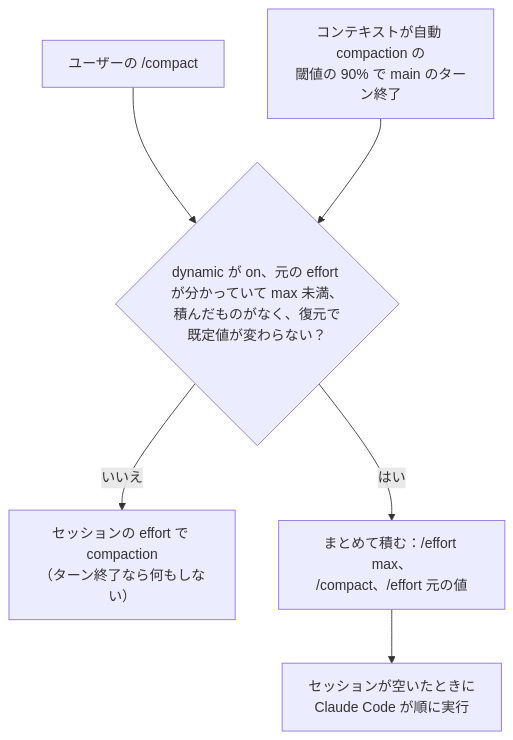
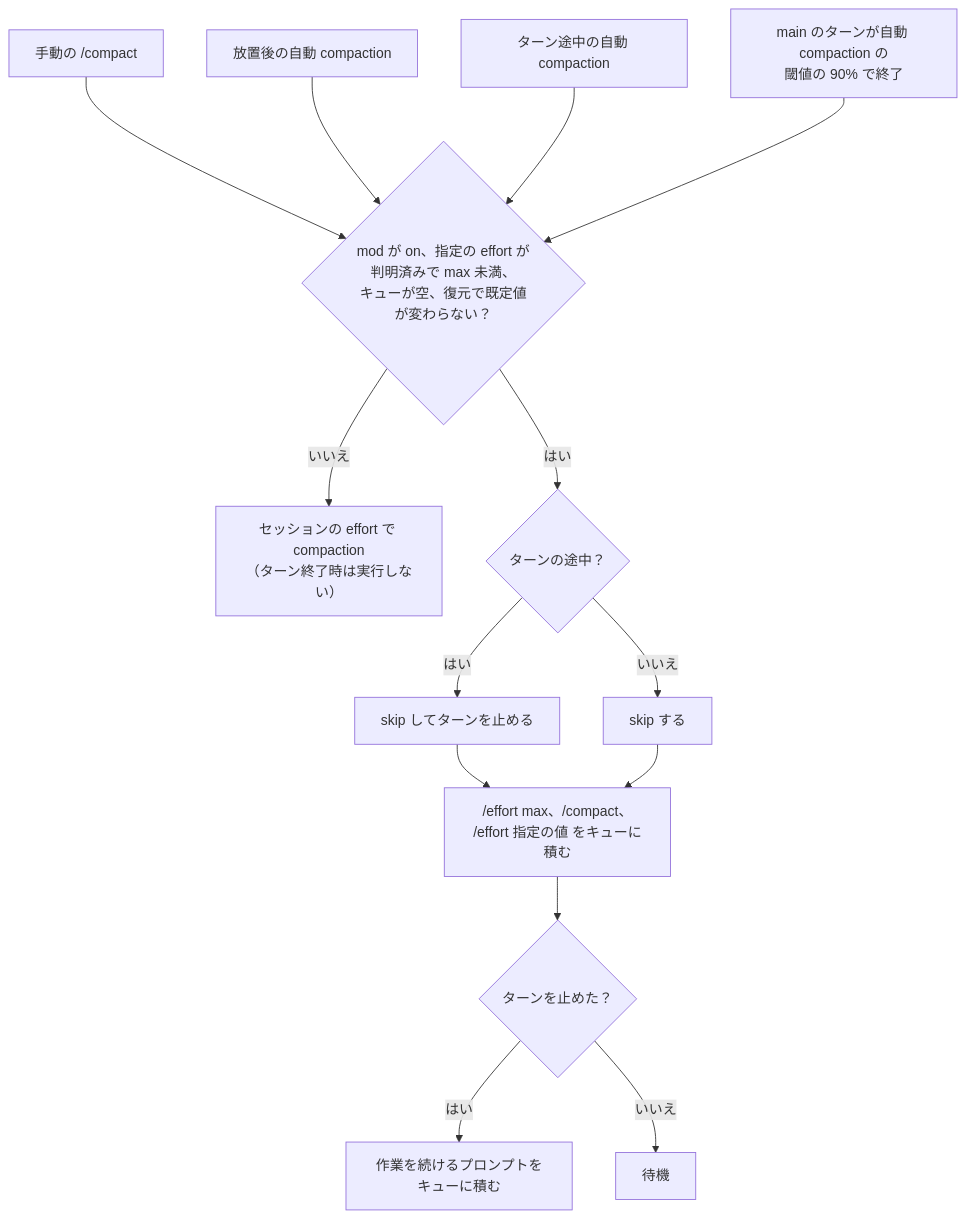
Before and after one commit to kkkaoru/dotfiles: the diagram in tools/claude-dynamic-effort/README-ja.md, drawn with Mermaid. The commit also changed other lines of this file and 5 other files, not shown here.

First line of the commit message:
feat(claude-dynamic-effort)!: run only compaction at max effort

````diff
--- a/tools/claude-dynamic-effort/README-ja.md
+++ b/tools/claude-dynamic-effort/README-ja.md
@@ -136,8 +25,18 @@
 ```mermaid
 flowchart TD
-  manual["ユーザーの /compact"] --> gate{"dynamic が on、元の effort が分かっていて max 未満、<br/>積んだものがなく、復元で既定値が変わらない？"}
-  turnend["コンテキストが自動 compaction の<br/>閾値の 90% で main のターン終了"] --> gate
-  gate -- いいえ --> plain["セッションの effort で compaction<br/>（ターン終了なら何もしない）"]
-  gate -- はい --> queue["まとめて積む：/effort max、<br/>/compact、/effort 元の値"]
-  queue --> runs["セッションが空いたときに<br/>Claude Code が順に実行"]
+  manual["手動の /compact"] --> gate
+  idle["放置後の自動 compaction"] --> gate
+  inturn["ターン途中の自動 compaction"] --> gate
+  turnend["main のターンが自動 compaction の<br/>閾値の 90% で終了"] --> gate
+  gate{"mod が on、指定の effort が判明済みで max 未満、<br/>キューが空、復元で既定値が変わらない？"}
+  gate -- いいえ --> plain["セッションの effort で compaction<br/>（ターン終了時は実行しない）"]
+  gate -- はい --> stop{"ターンの途中？"}
+  stop -- はい --> abort["skip してターンを止める"]
+  stop -- いいえ --> skip["skip する"]
+  abort --> queue
+  skip --> queue
+  queue["/effort max、/compact、<br/>/effort 指定の値 をキューに積む"]
+  queue --> resume{"ターンを止めた？"}
+  resume -- はい --> prompt["作業を続けるプロンプトをキューに積む"]
+  resume -- いいえ --> done["待機"]
 ```
````
